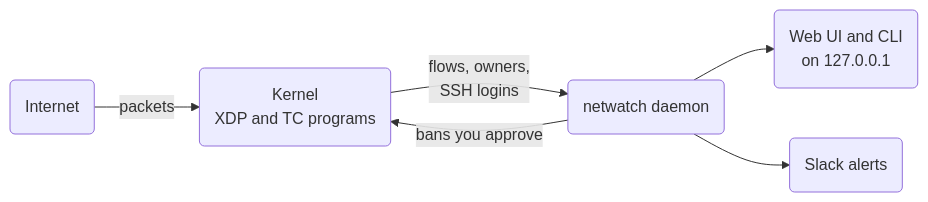
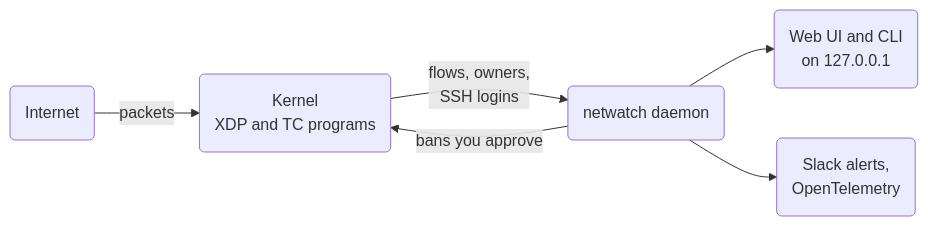
One commit to gotempsh/netwatch changed the first of 2 diagrams in site/content/index.md. Above: the diagram before and after it, drawn with Mermaid.

Commit message:
docs: show OpenTelemetry export in the landing diagram

````diff
--- a/site/content/index.md
+++ b/site/content/index.md
@@ -20,10 +20,10 @@
 ```mermaid
 flowchart LR
   accTitle: Where netwatch sits
   accDescr: Packets from the internet reach the server, where netwatch's kernel programs count them and track each flow. The daemon scores the sources, proposes bans for you to approve, and serves the web UI and CLI on the server itself.
   net("Internet") -- "packets" --> kernel("Kernel<br/>XDP and TC programs")
   kernel -- "flows, owners,<br/>SSH logins" --> daemon("netwatch daemon")
   daemon -- "bans you approve" --> kernel
   daemon --> ui("Web UI and CLI<br/>on 127.0.0.1")
-  daemon --> slack("Slack alerts")
+  daemon --> out("Slack alerts,<br/>OpenTelemetry")
 ```
````
